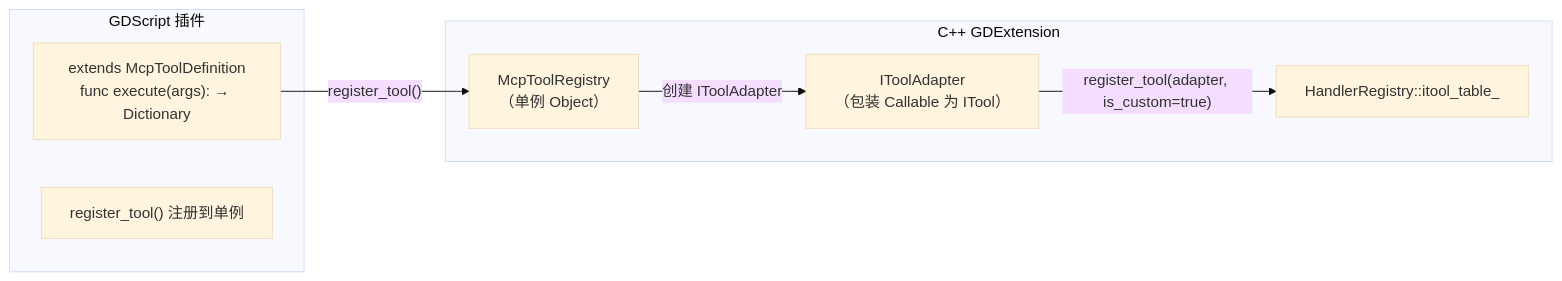
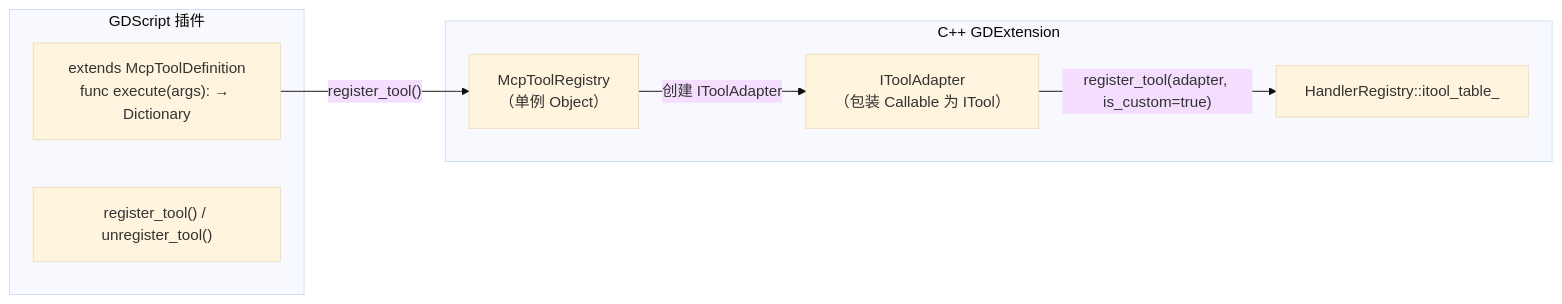
Before and after one commit to jesspig/GodotMCP-GDExtension: the diagram in .repo_wiki/modules/sdk-layer.md, drawn with Mermaid (base theme). The commit also changed other lines of this file and 30 other files, not shown here.

````diff
--- a/.repo_wiki/modules/sdk-layer.md
+++ b/.repo_wiki/modules/sdk-layer.md
@@ -7,15 +7,15 @@
 ```mermaid
 flowchart LR
     subgraph GDScript["GDScript 插件"]
         DEF["extends McpToolDefinition<br/>func execute(args): → Dictionary"]
-        REG["register_tool() 注册到单例"]
+        REG["register_tool() / unregister_tool()"]
     end
     subgraph Cpp["C++ GDExtension"]
         REGISTRY["McpToolRegistry<br/>（单例 Object）"]
         ADAPTER["IToolAdapter<br/>（包装 Callable 为 ITool）"]
         HANDLER["HandlerRegistry::itool_table_"]
     end
     DEF -->|"register_tool()"| REGISTRY
     REGISTRY -->|"创建 IToolAdapter"| ADAPTER
     ADAPTER -->|"register_tool(adapter, is_custom=true)"| HANDLER
 ```
````
